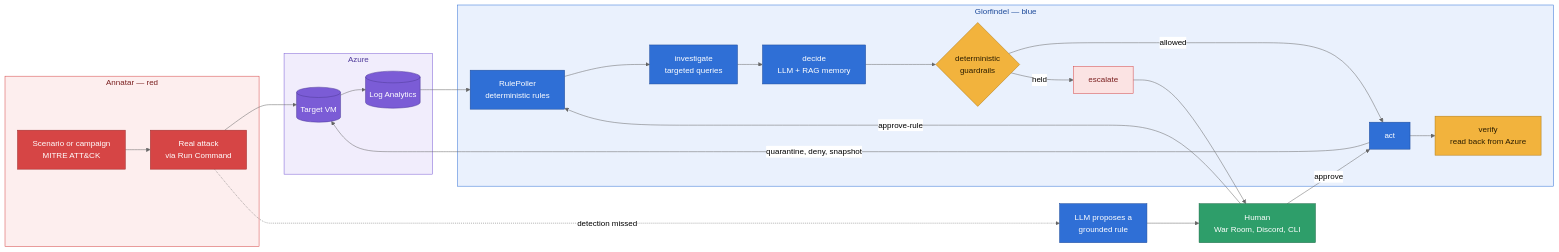
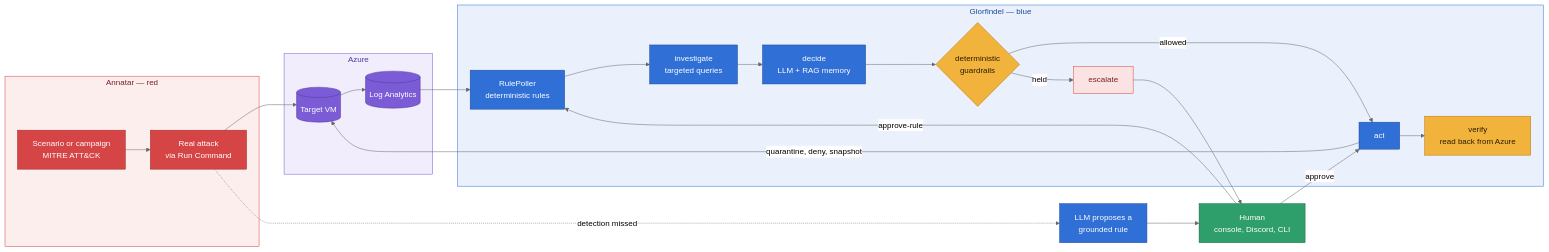
The first of 3 diagrams in README.md (Vanyar53/eregion), drawn with Mermaid (neutral theme) before and after one commit. The commit also changed other lines of this file and 33 other files, not shown here.

````diff
--- a/README.md
+++ b/README.md
@@ -29,41 +29,41 @@
 ```mermaid
 flowchart LR
     subgraph Red["Annatar — red"]
         A1["Scenario or campaign<br/>MITRE ATT#amp;CK"] --> A2["Real attack<br/>via Run Command"]
     end
     subgraph Az["Azure"]
         VM[("Target VM")] --> LAW[("Log Analytics")]
     end
     subgraph Blue["Glorfindel — blue"]
         RP["RulePoller<br/>deterministic rules"] --> INV["investigate<br/>targeted queries"]
         INV --> DEC["decide<br/>LLM + RAG memory"]
         DEC --> G{"deterministic<br/>guardrails"}
         G -->|"allowed"| EX["act"]
         EX --> VER["verify<br/>read back from Azure"]
         G -->|"held"| ESC["escalate"]
     end
-    H["Human<br/>War Room, Discord, CLI"]
+    H["Human<br/>console, Discord, CLI"]
     A2 --> VM
     LAW --> RP
     EX -->|"quarantine, deny, snapshot"| VM
     ESC --> H
     H -->|"approve"| EX
     A2 -. "detection missed" .-> PR["LLM proposes a<br/>grounded rule"]
     PR --> H
     H -->|"approve-rule"| RP
     classDef red fill:#d64545,stroke:#9e2a2a,color:#ffffff
     classDef azure fill:#7b5cd6,stroke:#4f3a99,color:#ffffff
     classDef blue fill:#2f6fd6,stroke:#1d4a9a,color:#ffffff
     classDef guard fill:#f2b33d,stroke:#b07a12,color:#2b1d00
     classDef warn fill:#fbe3e3,stroke:#d64545,color:#7a1f1f
     classDef human fill:#2e9e6a,stroke:#1d6b47,color:#ffffff
     class A1,A2 red
     class VM,LAW azure
     class RP,INV,DEC,EX,PR blue
     class G,VER guard
     class ESC warn
     class H human
     style Red fill:#fdeeee,stroke:#d64545,color:#7a1f1f
     style Az fill:#f1edfc,stroke:#7b5cd6,color:#4f3a99
     style Blue fill:#eaf1fd,stroke:#2f6fd6,color:#1d4a9a
 ```
````
